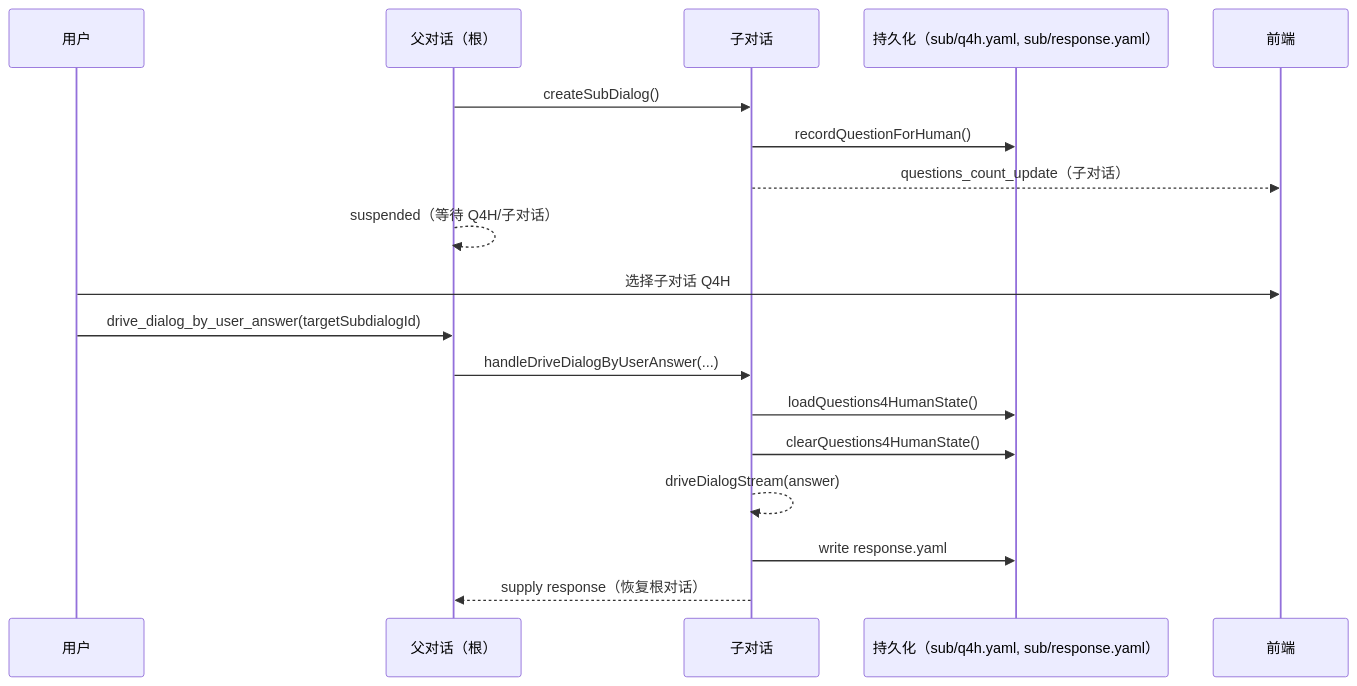
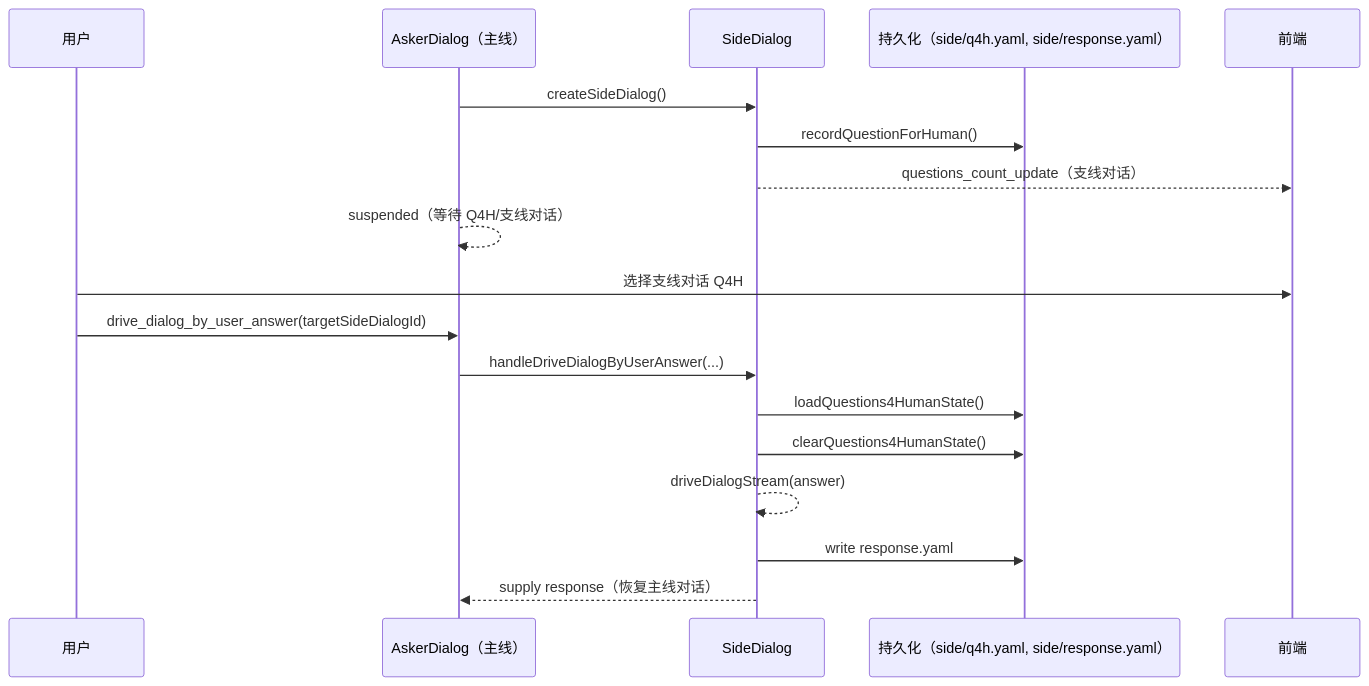
One commit to longrun-ai/dominds changed diagram 18 of 19 in docs/dialog-system.zh.md. Above: the diagram before and after it, drawn with Mermaid. The commit also changed other lines of this file and 195 other files, not shown here.

````diff
--- a/docs/dialog-system.zh.md
+++ b/docs/dialog-system.zh.md
@@ -1384,22 +1384,22 @@
 ```mermaid
 sequenceDiagram
   participant User as 用户
-  participant Sup as 父对话（根）
-  participant Sub as 子对话
-  participant Store as 持久化（sub/q4h.yaml, sub/response.yaml）
+  participant Asker as AskerDialog（主线）
+  participant Side as SideDialog
+  participant Store as 持久化（side/q4h.yaml, side/response.yaml）
   participant UI as 前端
 
-  Sup->>Sub: createSubDialog()
-  Sub->>Store: recordQuestionForHuman()
-  Sub-->>UI: questions_count_update（子对话）
-  Sup-->>Sup: suspended（等待 Q4H/子对话）
+  Asker->>Side: createSideDialog()
+  Side->>Store: recordQuestionForHuman()
+  Side-->>UI: questions_count_update（支线对话）
+  Asker-->>Asker: suspended（等待 Q4H/支线对话）
 
-  User->>UI: 选择子对话 Q4H
-  User->>Sup: drive_dialog_by_user_answer(targetSubdialogId)
-  Sup->>Sub: handleDriveDialogByUserAnswer(...)
-  Sub->>Store: loadQuestions4HumanState()
-  Sub->>Store: clearQuestions4HumanState()
-  Sub-->>Sub: driveDialogStream(answer)
-  Sub->>Store: write response.yaml
-  Sub-->>Sup: supply response（恢复根对话）
+  User->>UI: 选择支线对话 Q4H
+  User->>Asker: drive_dialog_by_user_answer(targetSideDialogId)
+  Asker->>Side: handleDriveDialogByUserAnswer(...)
+  Side->>Store: loadQuestions4HumanState()
+  Side->>Store: clearQuestions4HumanState()
+  Side-->>Side: driveDialogStream(answer)
+  Side->>Store: write response.yaml
+  Side-->>Asker: supply response（恢复主线对话）
 ```
````
